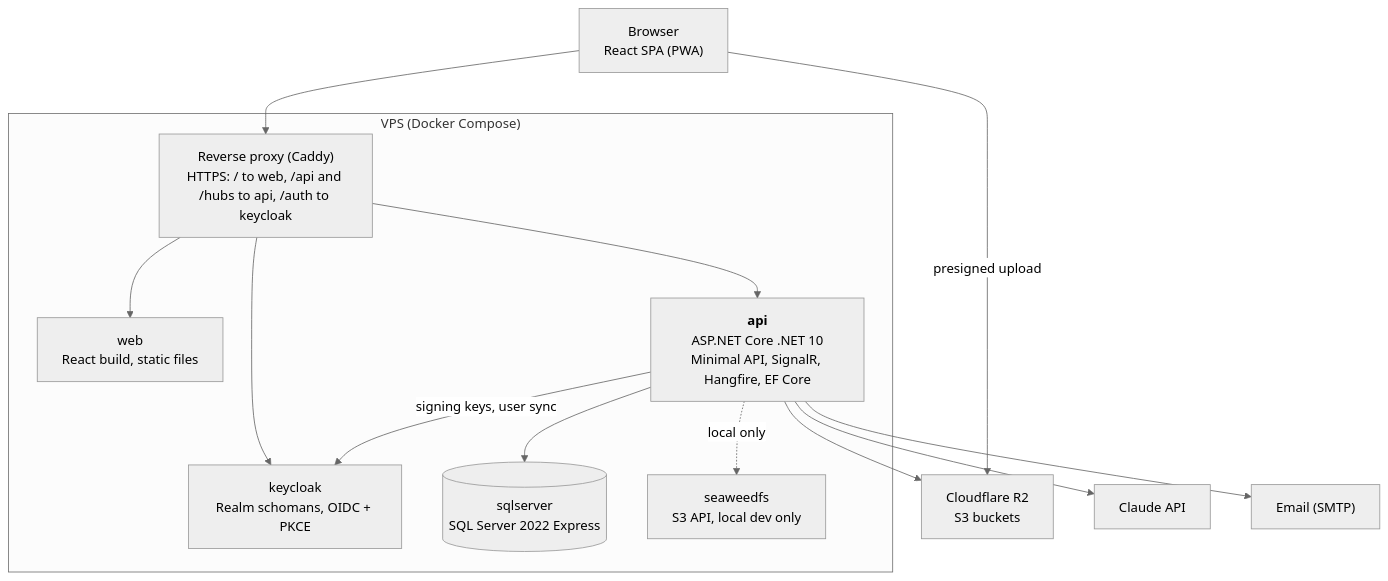
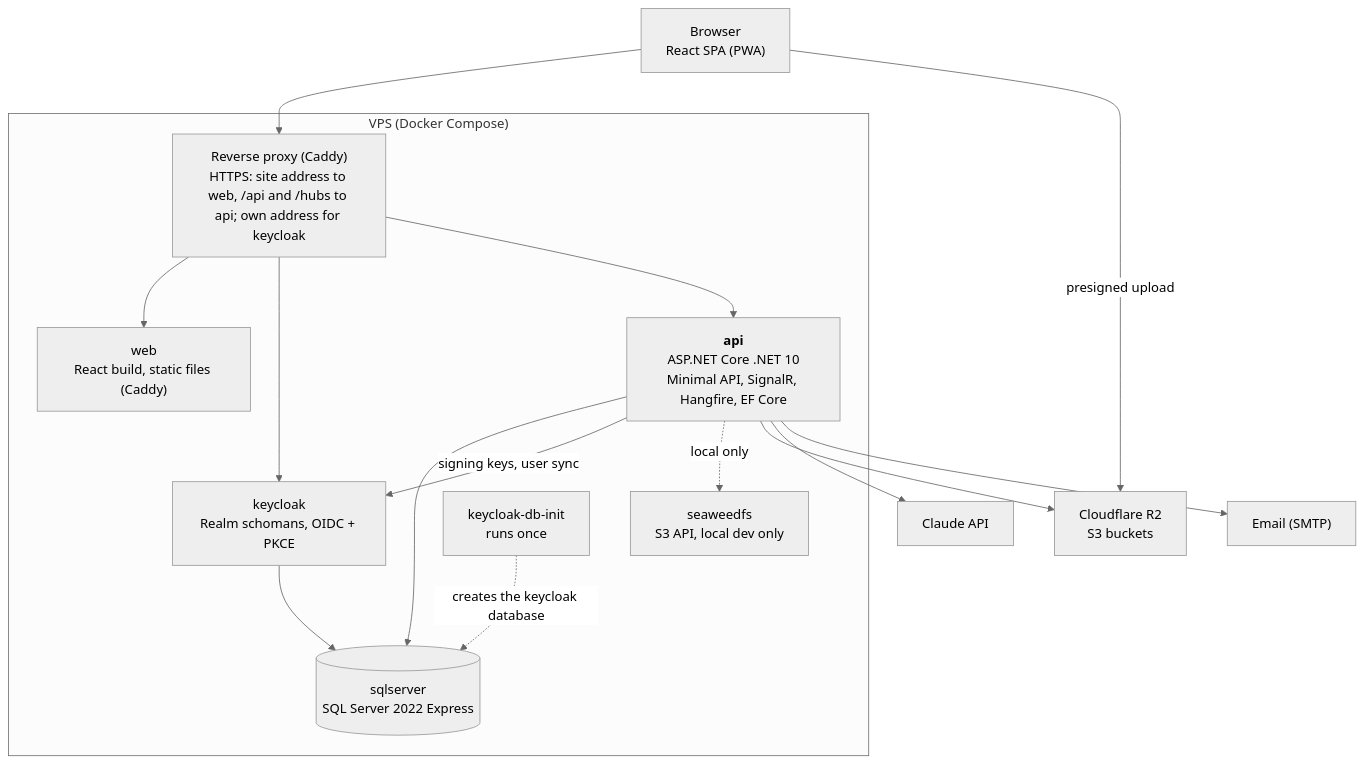
One commit to ridhwanhabib18/schomans changed the second of 13 diagrams in docs/en/system-design.md. Above: the diagram before and after it, drawn with Mermaid (neutral theme). The commit also changed other lines of this file and 11 other files, not shown here.

First line of the commit message:
feat(docs): generate the ERD, API reference, authorization matrix, jobs and events from the code

````diff
--- a/docs/en/system-design.md
+++ b/docs/en/system-design.md
@@ -59,30 +59,33 @@
 ```mermaid
 %% Source: diagrams/containers.mmd
 flowchart TB
   browser["Browser<br/>React SPA (PWA)"]
 
   subgraph vps["VPS (Docker Compose)"]
-    proxy["Reverse proxy (Caddy)<br/>HTTPS: / to web, /api and /hubs to api, /auth to keycloak"]
-    web["web<br/>React build, static files"]
+    proxy["Reverse proxy (Caddy)<br/>HTTPS: site address to web, /api and /hubs to api; own address for keycloak"]
+    web["web<br/>React build, static files (Caddy)"]
     keycloak["keycloak<br/>Realm schomans, OIDC + PKCE"]
     api["<b>api</b><br/>ASP.NET Core .NET 10<br/>Minimal API, SignalR, Hangfire, EF Core"]
     sql[("sqlserver<br/>SQL Server 2022 Express")]
     seaweed["seaweedfs<br/>S3 API, local dev only"]
+    kcinit["keycloak-db-init<br/>runs once"]
   end
 
   r2["Cloudflare R2<br/>S3 buckets"]
   claude["Claude API"]
   smtp["Email (SMTP)"]
 
   browser --> proxy
   proxy --> web
   proxy --> keycloak
   proxy --> api
   api --> sql
   api -->|signing keys, user sync| keycloak
+  keycloak --> sql
+  kcinit -.->|creates the keycloak database| sql
   api -.->|local only| seaweed
   api --> r2
   api --> claude
   api --> smtp
   browser -->|presigned upload| r2
 ```
````
